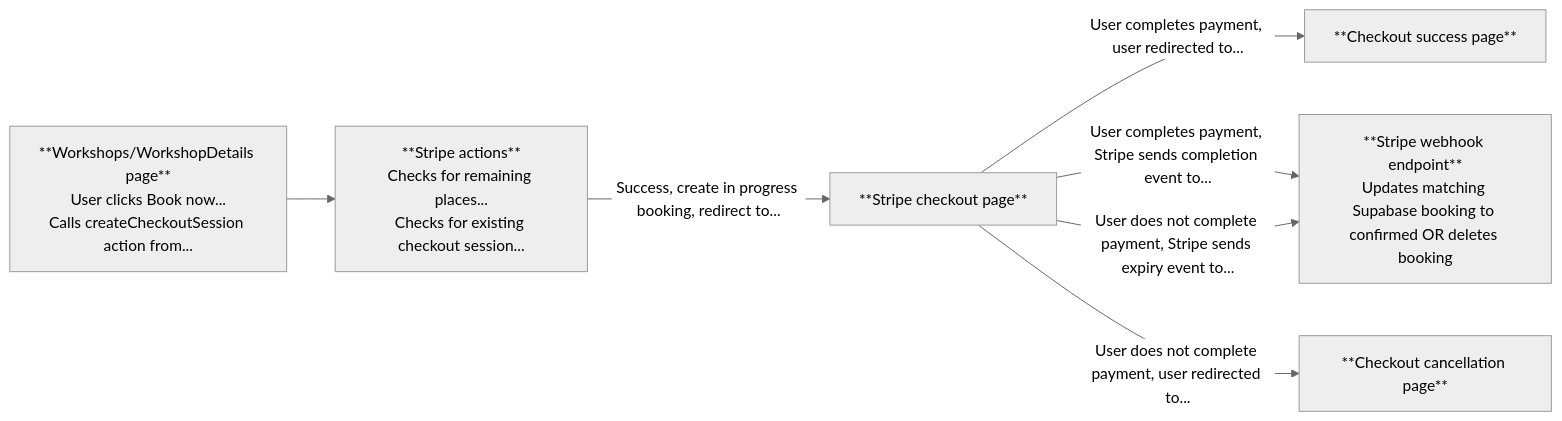
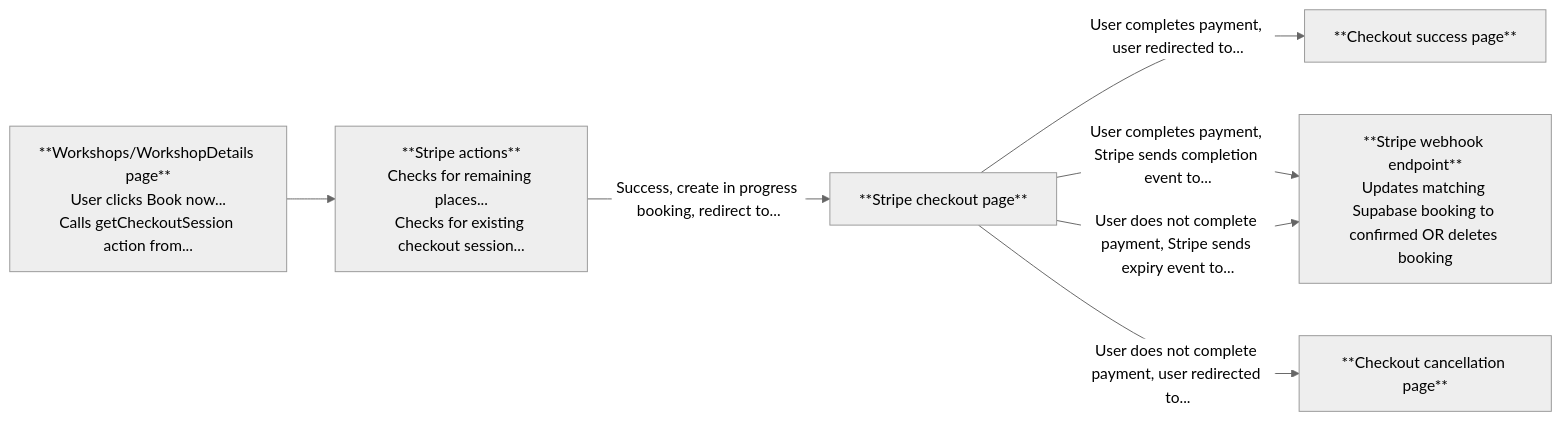
Before and after one commit to NathanDean/fuzzy-logic: the seventh of 7 diagrams in README.md, drawn with Mermaid. The commit also changed other lines of this file and 7 other files, not shown here.

Commit message:
Refactor Stripe createCheckoutSession into smaller functions to make more understandable and maintainable

````diff
--- a/README.md
+++ b/README.md
@@ -142,11 +142,11 @@
 ```mermaid
 flowchart LR
 %%{init: {'theme':'neutral'}}%%
-    A[**Workshops/WorkshopDetails page**<br>User clicks Book now...<br>Calls createCheckoutSession action from...] --> B[**Stripe actions**<br>Checks for remaining places...<br>Checks for existing checkout session...]
+    A[**Workshops/WorkshopDetails page**<br>User clicks Book now...<br>Calls getCheckoutSession action from...] --> B[**Stripe actions**<br>Checks for remaining places...<br>Checks for existing checkout session...]
     B --> |Success, create in progress booking, redirect to...| C[**Stripe checkout page**]
     C --> |User completes payment, user redirected to...| D[**Checkout success page**]
     C --> |User completes payment, Stripe sends completion event to...| E[**Stripe webhook endpoint**<br>Updates matching Supabase booking to confirmed OR deletes booking]
         C --> |User does not complete payment, Stripe sends expiry event to...| E
     C --> |User does not complete payment, user redirected to...| F[**Checkout cancellation page**]
 
 ```
````
